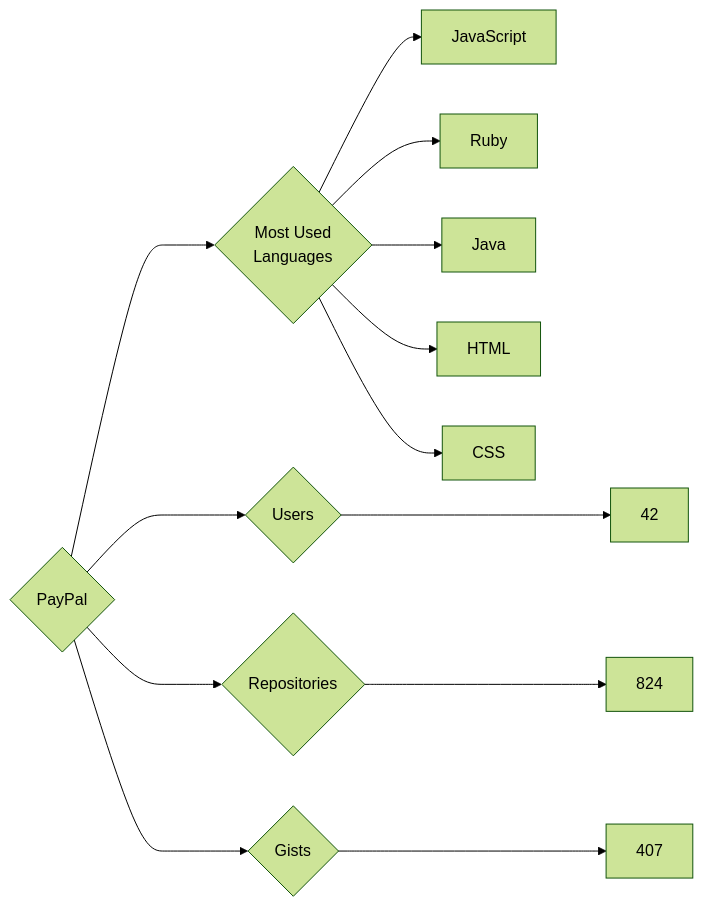
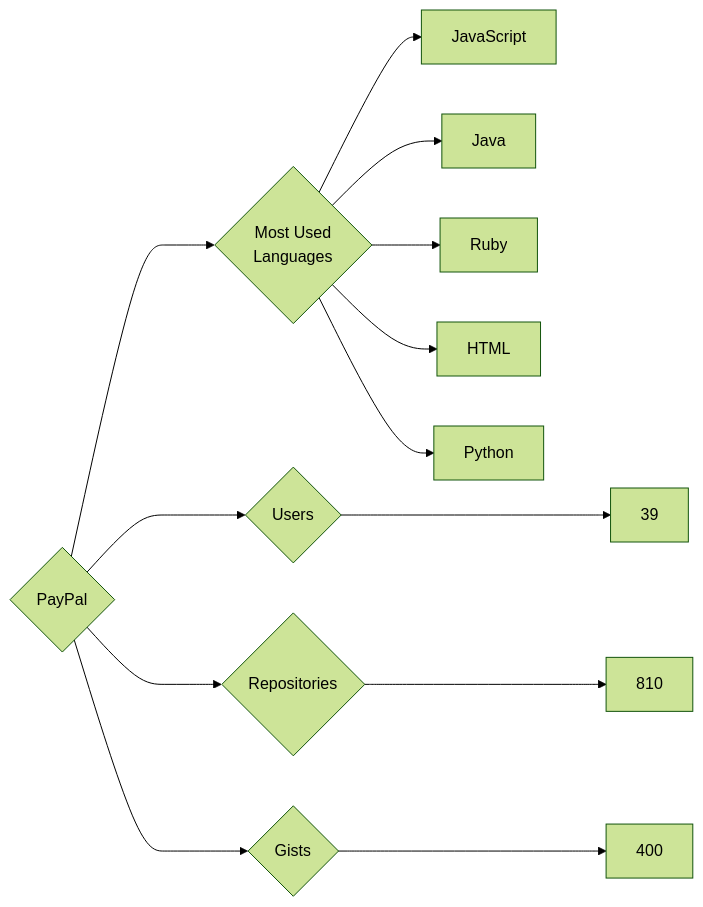
Before and after one commit to trickest/insiders: the diagram in targets/PayPal/README.md, drawn with Mermaid (forest theme). The commit also changed 964 other files, not shown here.

````diff
--- a/targets/PayPal/README.md
+++ b/targets/PayPal/README.md
@@ -3,13 +3,13 @@
 ```mermaid
 graph LR
 COMPANY_NAME{PayPal}
-COMPANY_NAME ---> U{Users} ---> UN[42]
-COMPANY_NAME ---> R{Repositories} ---> RN[824]
-COMPANY_NAME ---> G{Gists} ---> GN[407]
+COMPANY_NAME ---> U{Users} ---> UN[39]
+COMPANY_NAME ---> R{Repositories} ---> RN[810]
+COMPANY_NAME ---> G{Gists} ---> GN[400]
 COMPANY_NAME ---> ML{Most Used<br>Languages}
 ML --> JavaScript[JavaScript]
+ML --> Java[Java]
 ML --> Ruby[Ruby]
-ML --> Java[Java]
 ML --> HTML[HTML]
-ML --> CSS[CSS]
+ML --> Python[Python]
 ```
````
